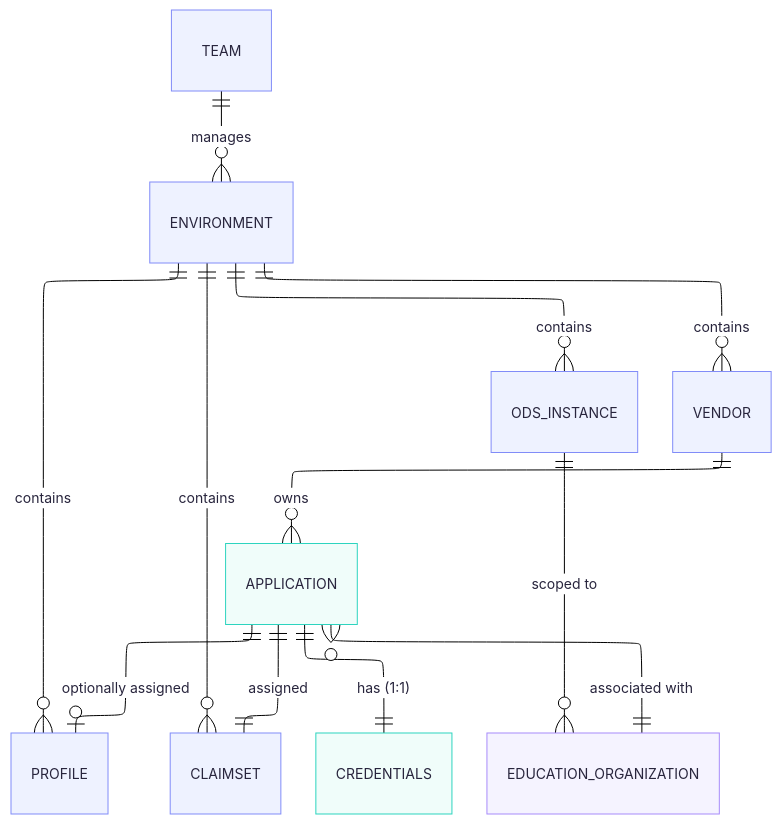
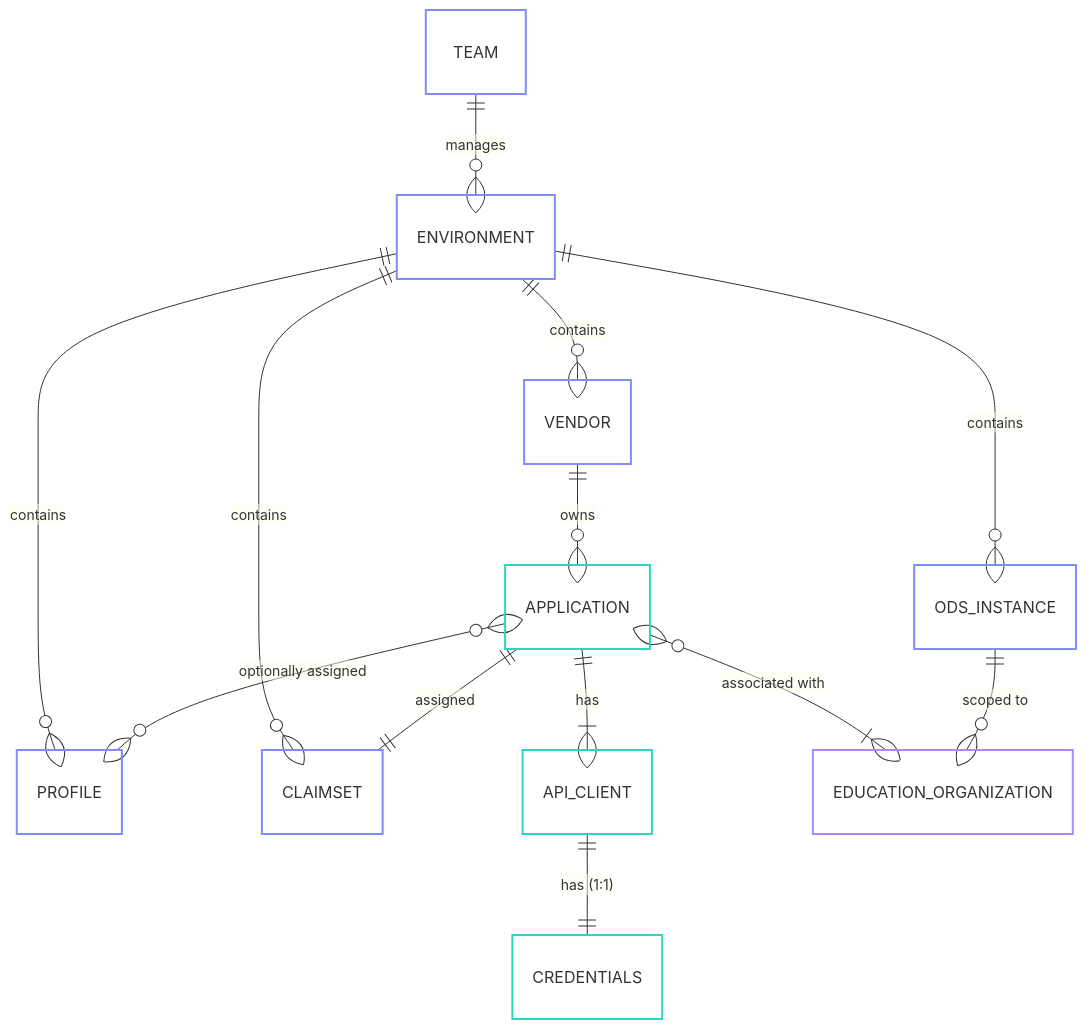
Before and after one commit to Ed-Fi-Alliance-OSS/ed-fi-alliance-oss.github.io: the third of 3 diagrams in docs/reference/5-admin-app/getting-started/roadmap-to-success.md, drawn with Mermaid. The commit also changed other lines of this file, not shown here.

````diff
--- a/docs/reference/5-admin-app/getting-started/roadmap-to-success.md
+++ b/docs/reference/5-admin-app/getting-started/roadmap-to-success.md
@@ -100,33 +121,29 @@
 ```mermaid
----
-config:
-  layout: elk
-  theme: redux-color
----
 erDiagram
     %% Environment & Management
     TEAM ||--o{ ENVIRONMENT : manages
     ENVIRONMENT ||--o{ ODS_INSTANCE : contains
     ENVIRONMENT ||--o{ VENDOR : contains
     ENVIRONMENT ||--o{ PROFILE : contains
     ENVIRONMENT ||--o{ CLAIMSET : contains
 
     %% Security & Application
     VENDOR ||--o{ APPLICATION : owns
     APPLICATION ||--|| CLAIMSET : assigned
-    APPLICATION ||--o| PROFILE : "optionally assigned"
-    APPLICATION ||--|| CREDENTIALS : "has (1:1)"
-    APPLICATION }o--|| EDUCATION_ORGANIZATION : "associated with"
+    APPLICATION }o--o{ PROFILE : "optionally assigned"
+    APPLICATION ||--|{ API_CLIENT : has
+    API_CLIENT ||--|| CREDENTIALS : "has (1:1)"
+    APPLICATION }o--|{ EDUCATION_ORGANIZATION : "associated with"
 
     %% ODS Entities
     ODS_INSTANCE ||--o{ EDUCATION_ORGANIZATION : "scoped to"
 
     %% Apply color classes
-    classDef environment stroke:#818cf8,fill:#eef2ff
-    classDef security stroke:#2dd4bf,fill:#f0fdfa
-    classDef ods stroke:#a78bfa,fill:#f5f3ff
+    classDef environment stroke:#818cf8,fill:transparent,stroke-width:2px
+    classDef security stroke:#2dd4bf,fill:transparent,stroke-width:2px
+    classDef ods stroke:#a78bfa,fill:transparent,stroke-width:2px
 
     class TEAM,ENVIRONMENT,ODS_INSTANCE,VENDOR,PROFILE,CLAIMSET environment
-    class APPLICATION,CREDENTIALS security
+    class APPLICATION,API_CLIENT,CREDENTIALS security
     class EDUCATION_ORGANIZATION ods
 ```
````
